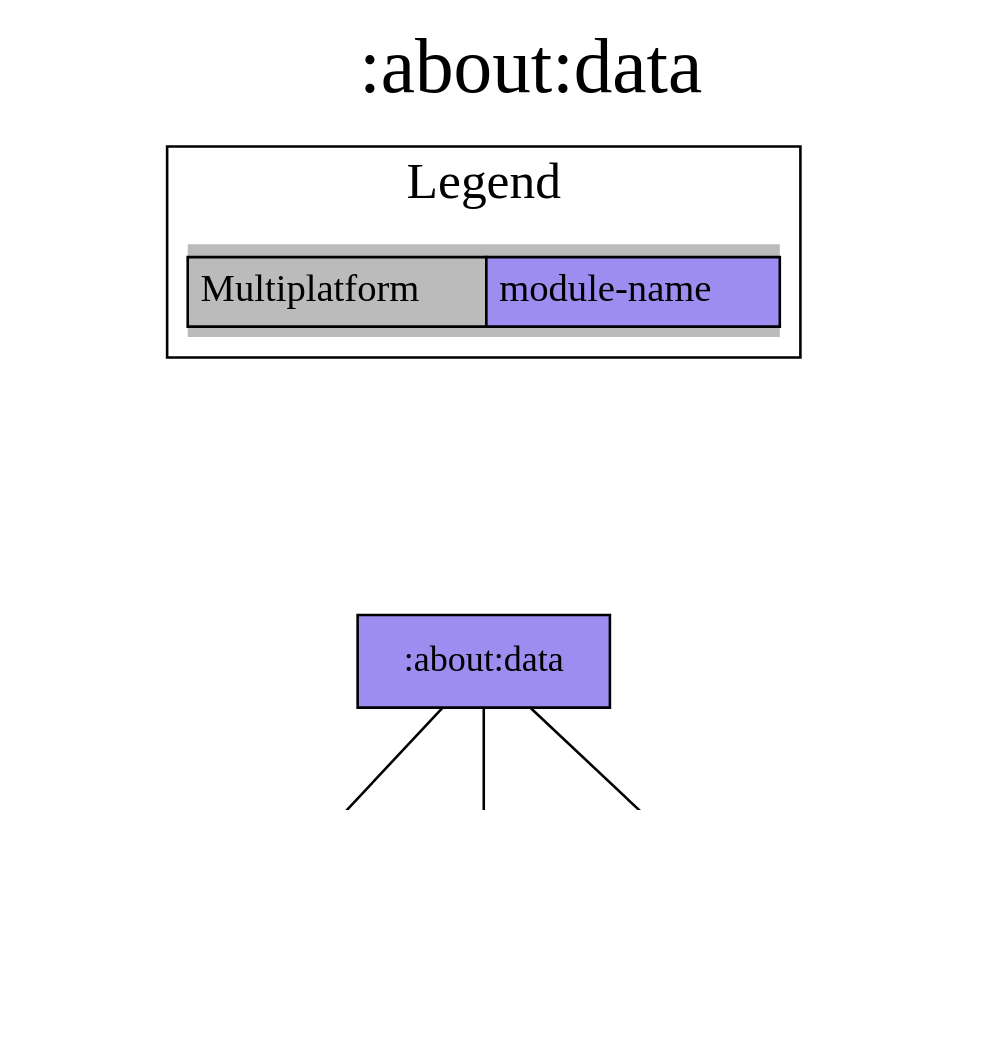
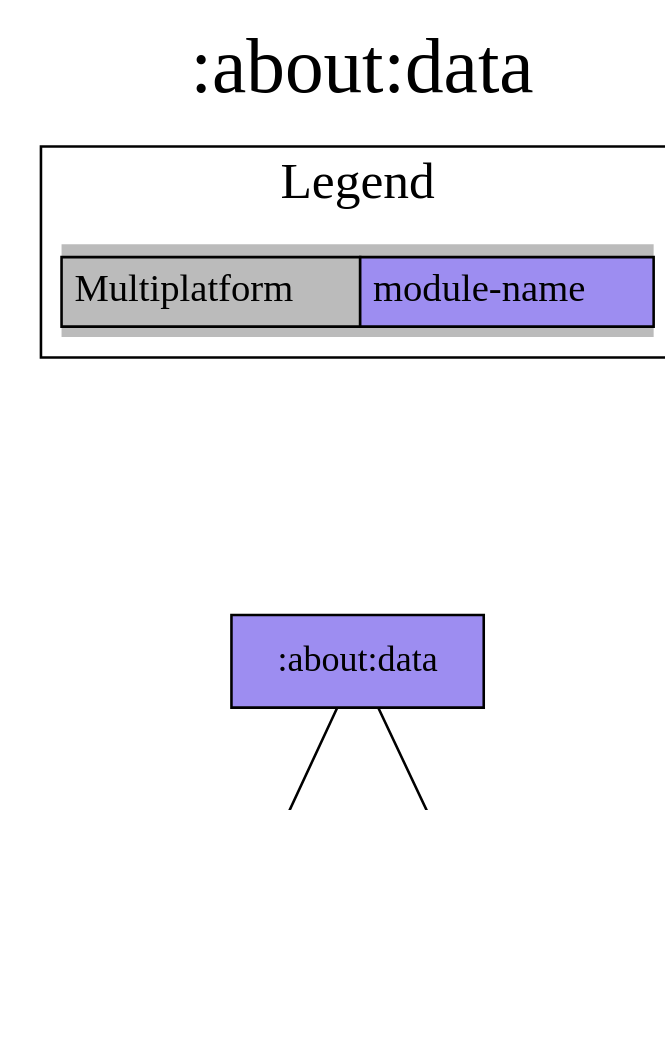
The diagram in modules/about/data/project-dependency-graph.dot (jonapoul/aktual), drawn with Graphviz before and after one commit. The commit also changed 91 other files, not shown here.

```diff
--- a/modules/about/data/project-dependency-graph.dot
+++ b/modules/about/data/project-dependency-graph.dot
@@ -1,25 +1,23 @@
 digraph {
 edge ["dir"="forward"]
 graph ["dpi"="100","label"=":about:data","labelloc"="t","fontsize"="30","ranksep"="1.5","rankdir"="TB"]
 node ["style"="filled"]
 ":about:data" ["fillcolor"="#9D8DF1","shape"="box"]
 ":api:github" ["fillcolor"="#9D8DF1","shape"="box"]
 ":core:buildconfig" ["fillcolor"="#9D8DF1","shape"="box"]
-":core:coroutines" ["fillcolor"="#9D8DF1","shape"="box"]
 {
 edge ["dir"="none"]
 graph ["rank"="same"]
 }
 ":about:data" -> ":api:github"
 ":about:data" -> ":core:buildconfig"
-":about:data" -> ":core:coroutines"
 subgraph "cluster_legend" {
 edge ["dir"="none"]
 graph ["label"="Legend","fontsize"="20"]
 "Legend" ["style"="filled","fillcolor"="#bbbbbb","shape"="none","margin"="0","fontsize"="15","label"=<
 <TABLE BORDER="0" CELLBORDER="1" CELLSPACING="0" CELLPADDING="4">
 <TR><TD>Multiplatform</TD><TD BGCOLOR="#9D8DF1">module-name</TD></TR>
 </TABLE>
 >]
 } -> ":about:data" ["style"="invis"]
 }
```
